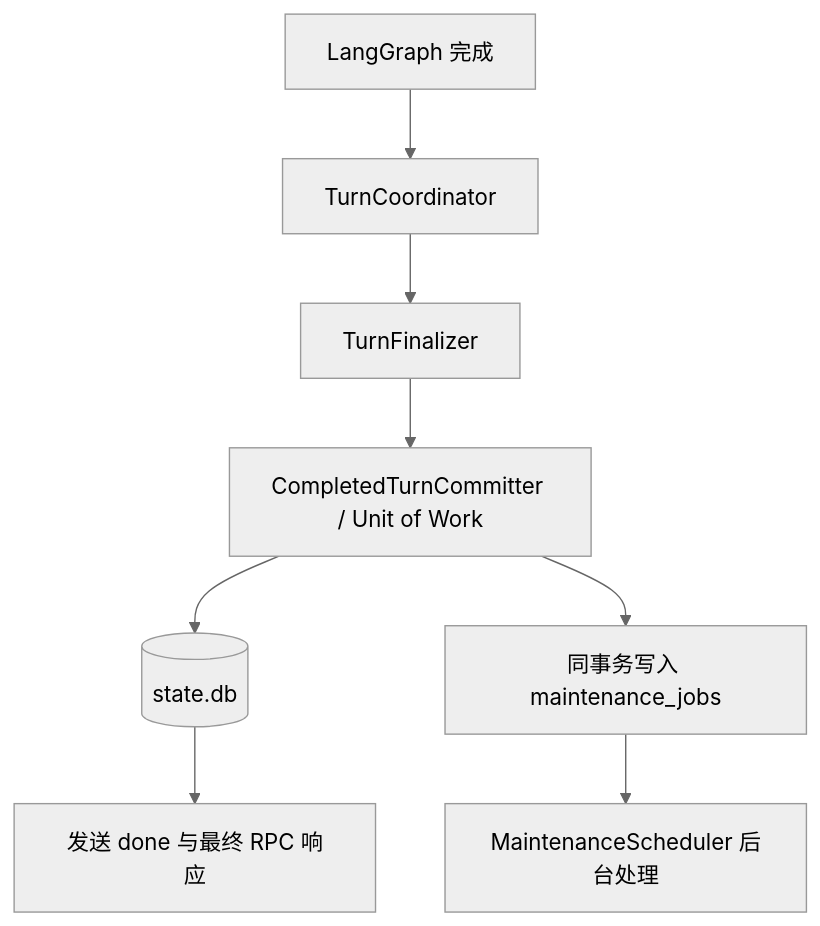
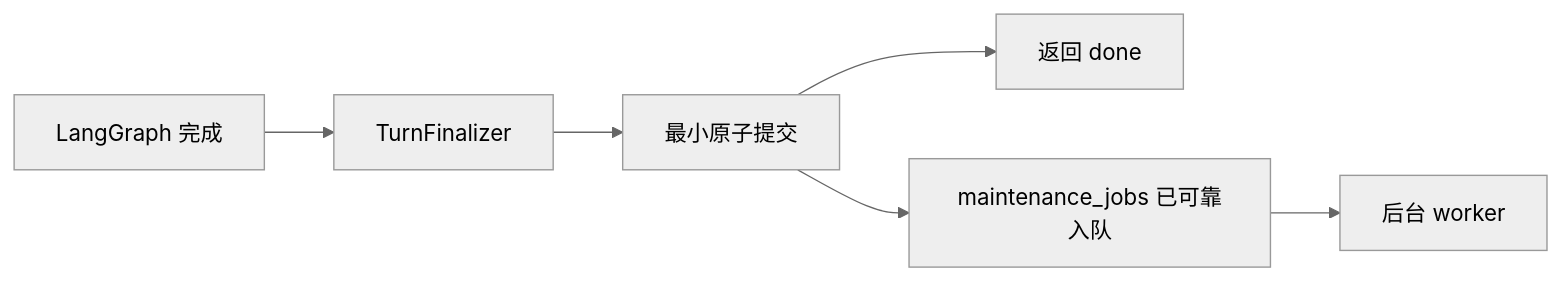
One commit to Dzheng2250/learn_langchain changed the first of 2 diagrams in docs/response-finalization-and-checkpoint-consistency.md. Above: the diagram before and after it, drawn with Mermaid (neutral theme). The commit also changed other lines of this file and 11 other files, not shown here.

````diff
--- a/docs/response-finalization-and-checkpoint-consistency.md
+++ b/docs/response-finalization-and-checkpoint-consistency.md
@@ -25,10 +33,8 @@
 ```mermaid
-flowchart TB
-    G[LangGraph 完成] --> C[TurnCoordinator]
-    C --> F[TurnFinalizer]
-    F --> U[CompletedTurnCommitter / Unit of Work]
-    U --> S[(state.db)]
-    U --> O[同事务写入 maintenance_jobs]
-    S --> D[发送 done 与最终 RPC 响应]
-    O --> M[MaintenanceScheduler 后台处理]
+flowchart LR
+    G[LangGraph 完成] --> F[TurnFinalizer]
+    F --> C[最小原子提交]
+    C --> D[返回 done]
+    C --> J[maintenance_jobs 已可靠入队]
+    J --> W[后台 worker]
 ```
````
